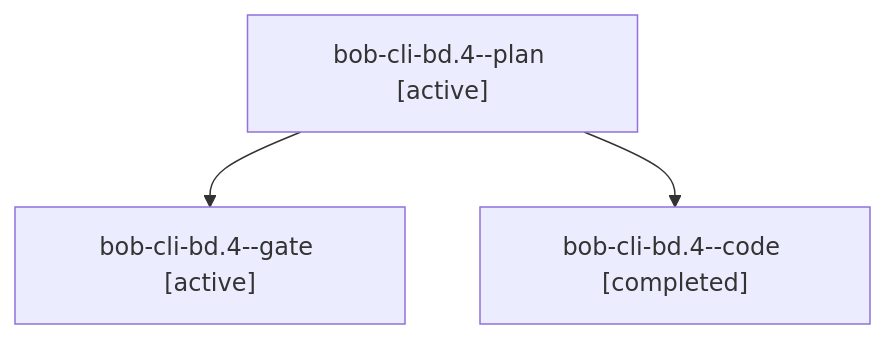
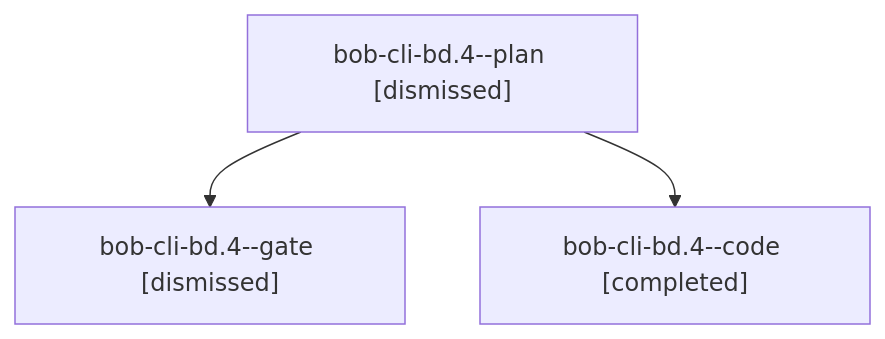
The diagram in sessions/bbugyi200.apollo.bob-cli-bd.4.md (bobs-org/bob-cli--agents), drawn with Mermaid before and after one commit. The commit also changed other lines of this file and 214 other files, not shown here.

````diff
--- a/sessions/bbugyi200.apollo.bob-cli-bd.4.md
+++ b/sessions/bbugyi200.apollo.bob-cli-bd.4.md
@@ -9,8 +9,8 @@
 ```mermaid
 flowchart TD
-  n0["bob-cli-bd.4--plan [active]"]
-  n1["bob-cli-bd.4--gate [active]"]
+  n0["bob-cli-bd.4--plan [dismissed]"]
+  n1["bob-cli-bd.4--gate [dismissed]"]
   n0 --> n1
   n2["bob-cli-bd.4--code [completed]"]
   n0 --> n2
 ```
````
